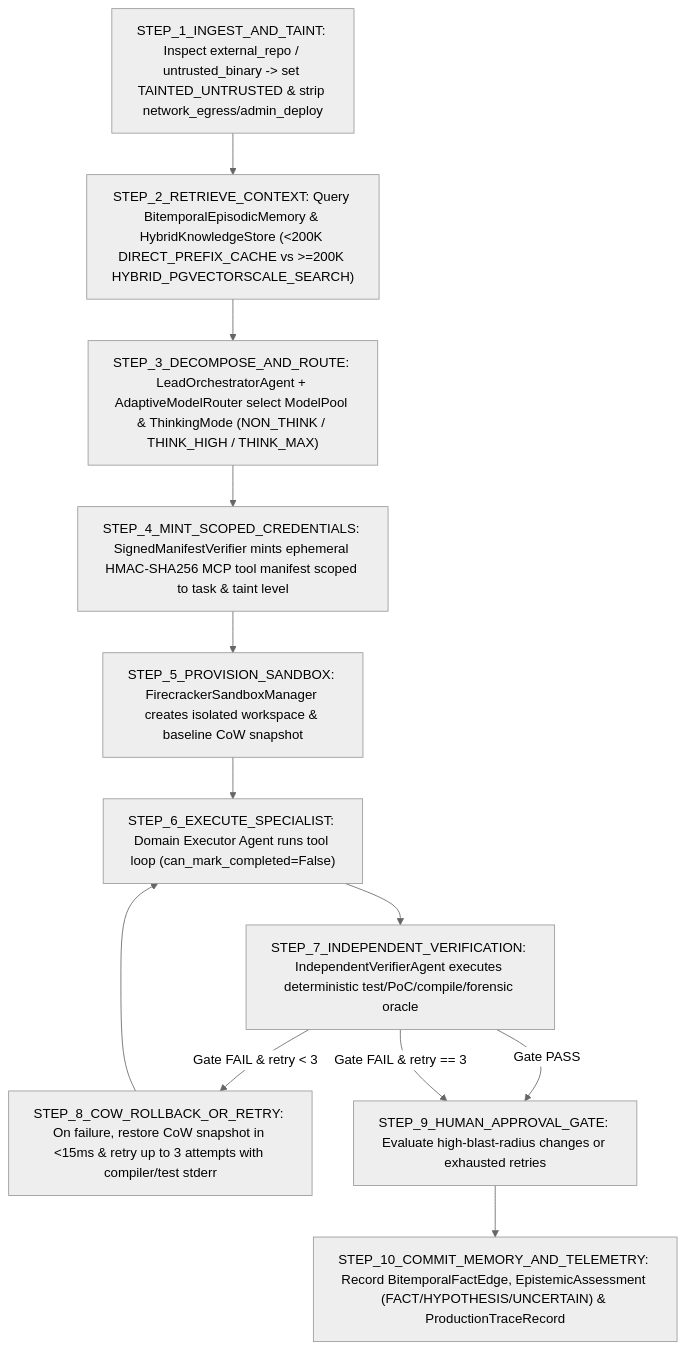
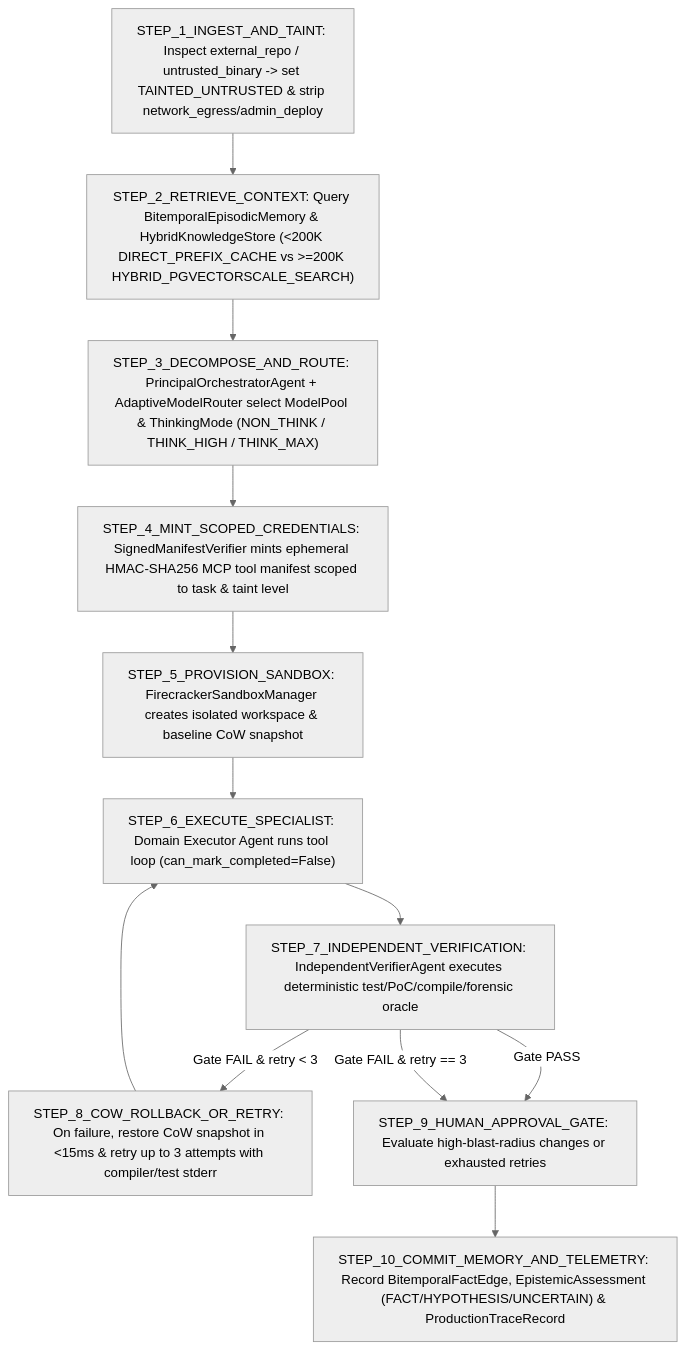
One commit to gballa/ai-model-platform changed the second of 4 diagrams in .agents/brain/knowledge-graph.md. Above: the diagram before and after it, drawn with Mermaid (neutral theme). The commit also changed other lines of this file and 40 other files, not shown here.

Commit message:
docs: update architecture documentation, agent topology, and symbol indexes

````diff
--- a/.agents/brain/knowledge-graph.md
+++ b/.agents/brain/knowledge-graph.md
@@ -142,19 +142,19 @@
 ```mermaid
 flowchart TD
     S1["STEP_1_INGEST_AND_TAINT: Inspect external_repo / untrusted_binary -> set TAINTED_UNTRUSTED & strip network_egress/admin_deploy"]
     S2["STEP_2_RETRIEVE_CONTEXT: Query BitemporalEpisodicMemory & HybridKnowledgeStore (<200K DIRECT_PREFIX_CACHE vs >=200K HYBRID_PGVECTORSCALE_SEARCH)"]
-    S3["STEP_3_DECOMPOSE_AND_ROUTE: LeadOrchestratorAgent + AdaptiveModelRouter select ModelPool & ThinkingMode (NON_THINK / THINK_HIGH / THINK_MAX)"]
+    S3["STEP_3_DECOMPOSE_AND_ROUTE: PrincipalOrchestratorAgent + AdaptiveModelRouter select ModelPool & ThinkingMode (NON_THINK / THINK_HIGH / THINK_MAX)"]
     S4["STEP_4_MINT_SCOPED_CREDENTIALS: SignedManifestVerifier mints ephemeral HMAC-SHA256 MCP tool manifest scoped to task & taint level"]
     S5["STEP_5_PROVISION_SANDBOX: FirecrackerSandboxManager creates isolated workspace & baseline CoW snapshot"]
     S6["STEP_6_EXECUTE_SPECIALIST: Domain Executor Agent runs tool loop (can_mark_completed=False)"]
     S7["STEP_7_INDEPENDENT_VERIFICATION: IndependentVerifierAgent executes deterministic test/PoC/compile/forensic oracle"]
     S8["STEP_8_COW_ROLLBACK_OR_RETRY: On failure, restore CoW snapshot in <15ms & retry up to 3 attempts with compiler/test stderr"]
     S9["STEP_9_HUMAN_APPROVAL_GATE: Evaluate high-blast-radius changes or exhausted retries"]
     S10["STEP_10_COMMIT_MEMORY_AND_TELEMETRY: Record BitemporalFactEdge, EpistemicAssessment (FACT/HYPOTHESIS/UNCERTAIN) & ProductionTraceRecord"]
 
     S1 --> S2 --> S3 --> S4 --> S5 --> S6 --> S7
     S7 -->|Gate FAIL & retry < 3| S8 --> S6
     S7 -->|Gate PASS| S9
     S7 -->|Gate FAIL & retry == 3| S9
     S9 --> S10
 ```
````
